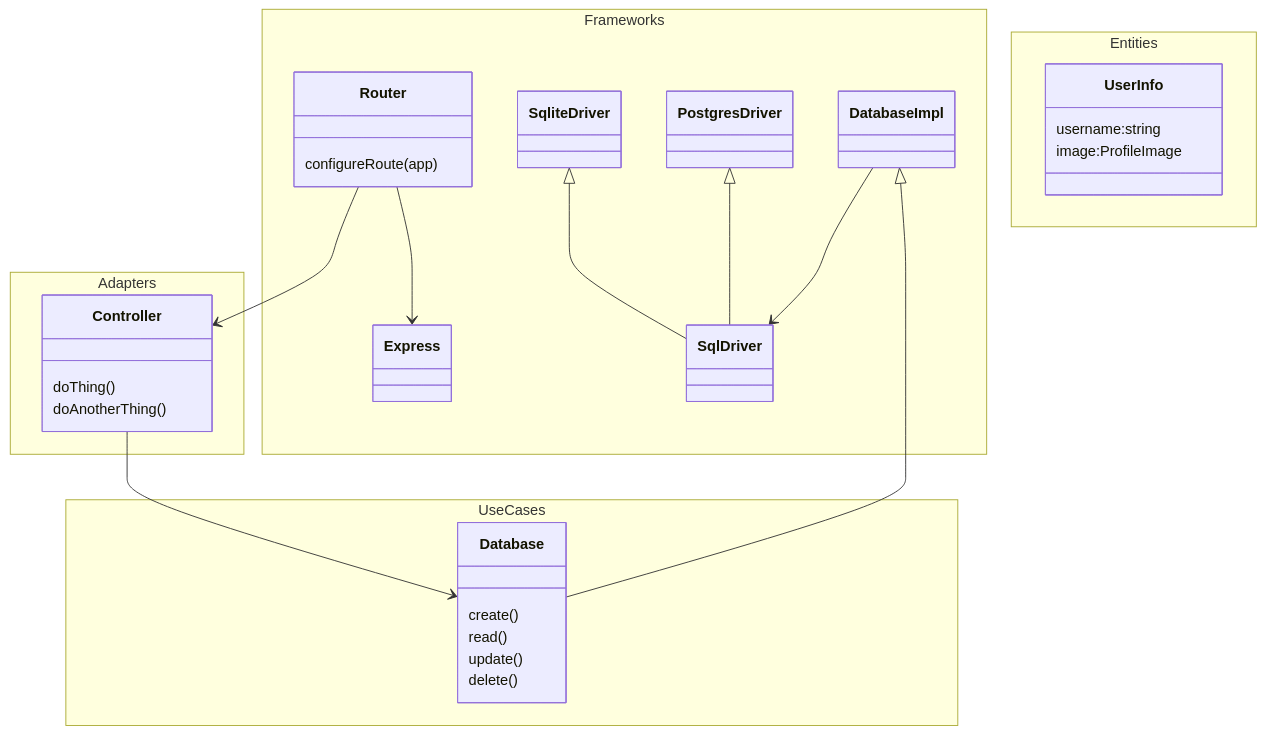
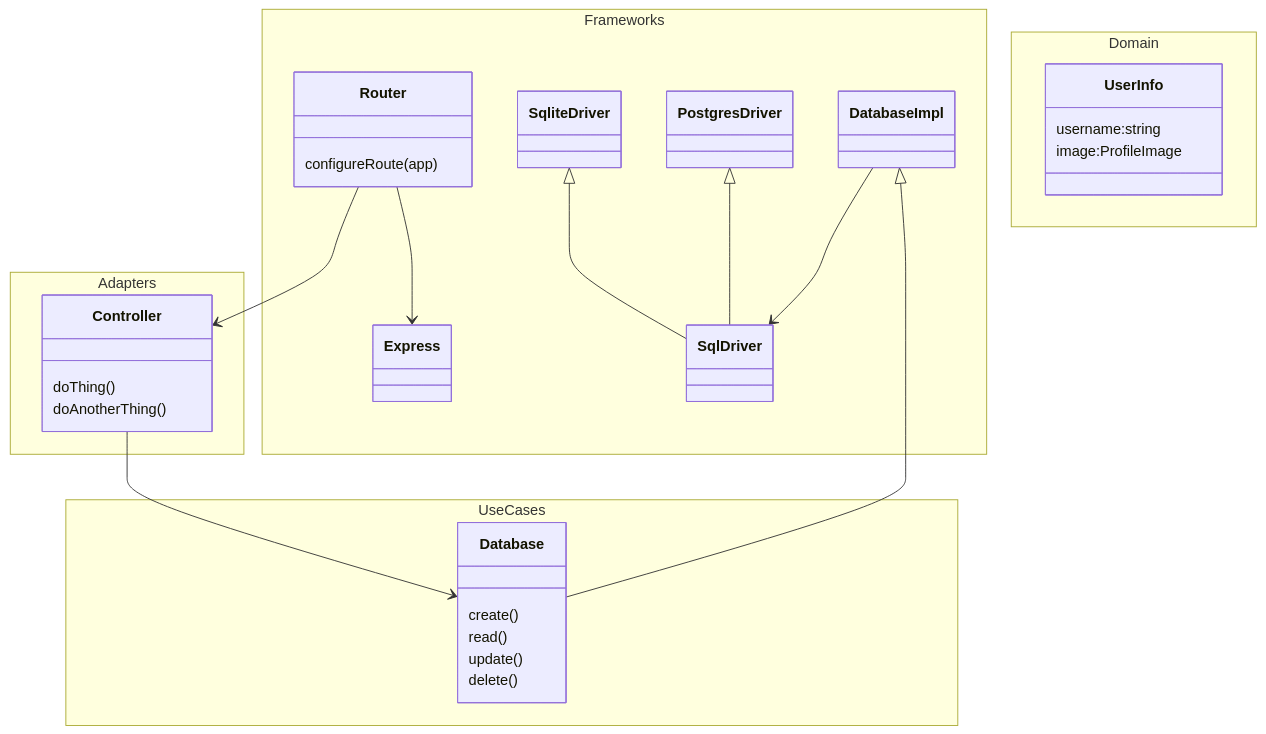
One commit to Pointyware/pointyware-api changed the diagram in README.md. Above: the diagram before and after it, drawn with Mermaid.

Commit message:
Rename diagram namespace

````diff
--- a/README.md
+++ b/README.md
@@ -39,53 +39,53 @@
 ```mermaid
 
 classDiagram
 
   namespace Frameworks {
     class Router {
       configureRoute(app)
     }
     class Express
 
     class DatabaseImpl {
 
     }
     class SqlDriver
     class PostgresDriver
     class SqliteDriver
   }
   Router --> Express
   DatabaseImpl --> SqlDriver
   PostgresDriver <|-- SqlDriver
   SqliteDriver <|-- SqlDriver
 
   namespace Adapters {
     class Controller {
       doThing()
       doAnotherThing()
     }
 
   }
   namespace UseCases {
     class Database {
 
     }
   }
   DatabaseImpl <|-- Database
-  namespace Entities {
+  namespace Domain {
     class UserInfo {
       username:string
       image:ProfileImage
     }
   }
   class Controller {
   }
   class Database {
     create()
     read()
     update()
     delete()
   }
   Router --> Controller
   Controller --> Database
 
 ```
````
